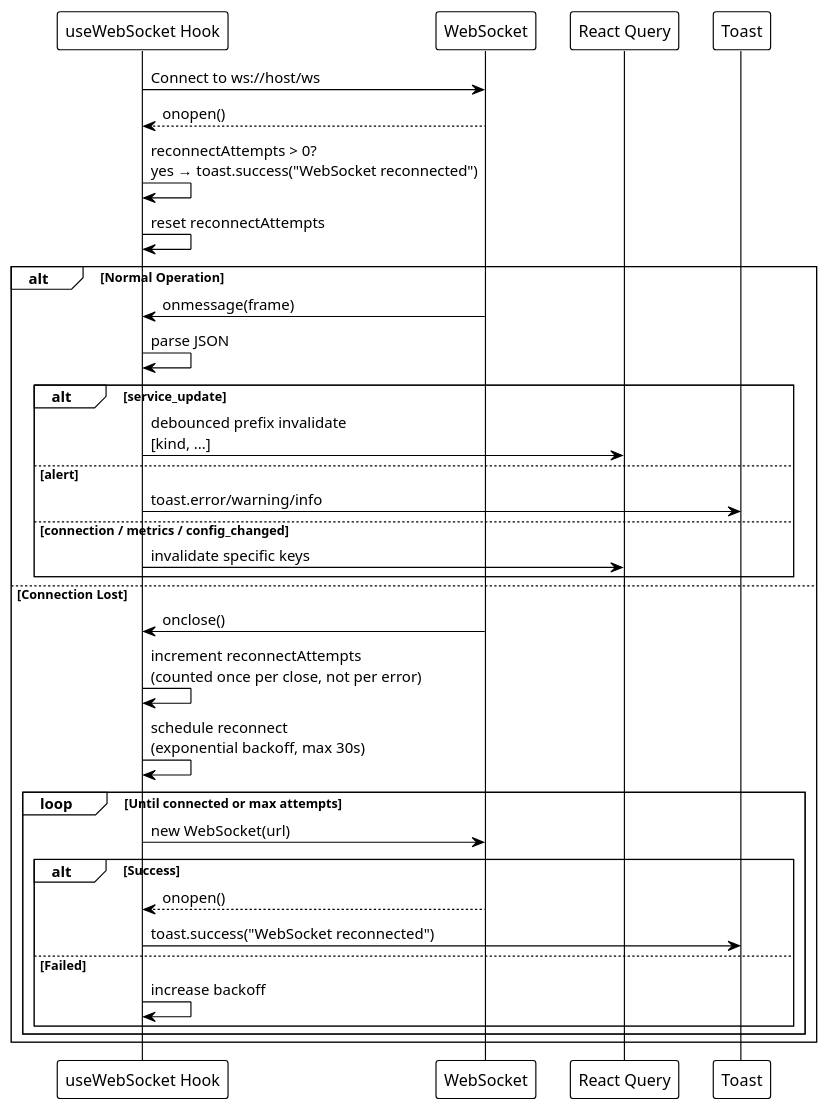
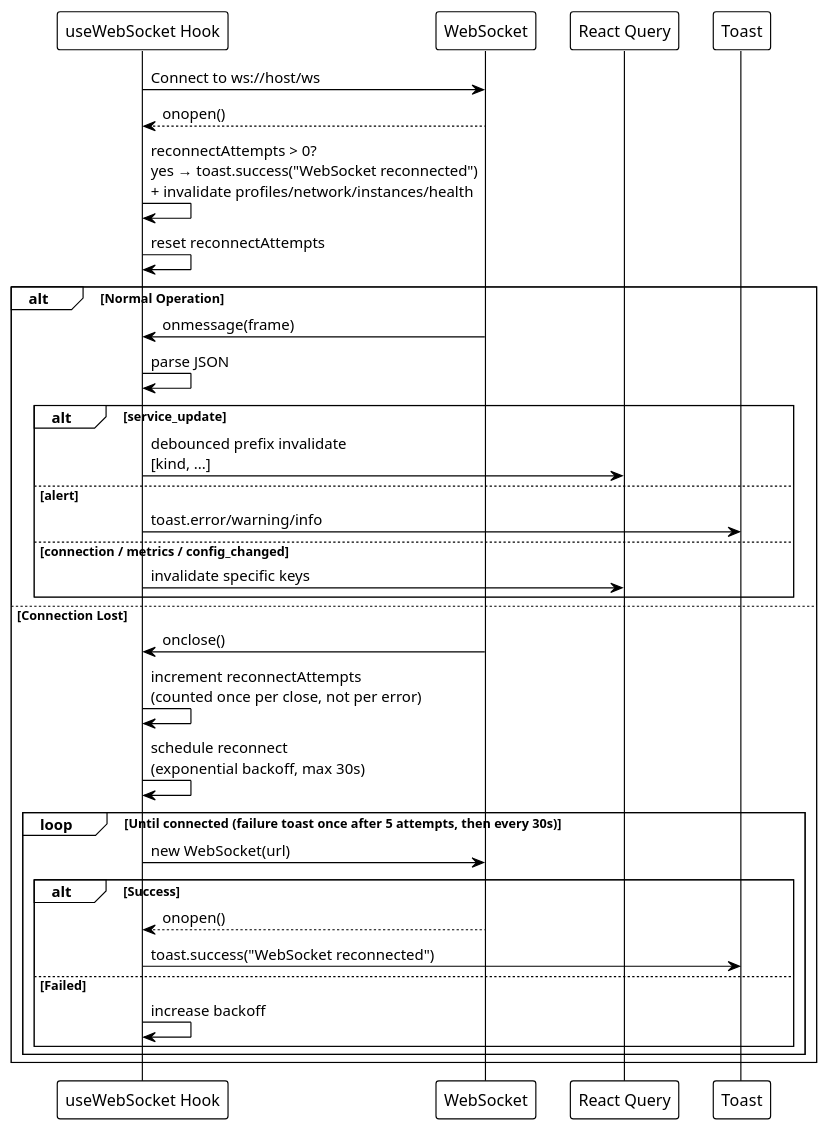
Before and after one commit to EraPartner/Watchman: the third of 3 diagrams in docs/features/real-time-updates.md, drawn with PlantUML. The commit also changed other lines of this file and 9 other files, not shown here.

````diff
--- a/docs/features/real-time-updates.md
+++ b/docs/features/real-time-updates.md
@@ -227,42 +228,42 @@
 ```plantuml
 @startuml
 !theme plain
 
 participant "useWebSocket Hook" as Hook
 participant "WebSocket" as WS
 participant "React Query" as Query
 participant "Toast" as Toast
 
 Hook -> WS : Connect to ws://host/ws
 WS --> Hook : onopen()
-Hook -> Hook : reconnectAttempts > 0?\nyes → toast.success("WebSocket reconnected")
+Hook -> Hook : reconnectAttempts > 0?\nyes → toast.success("WebSocket reconnected")\n+ invalidate profiles/network/instances/health
 Hook -> Hook : reset reconnectAttempts
 
 alt Normal Operation
     WS -> Hook : onmessage(frame)
     Hook -> Hook : parse JSON
 
     alt service_update
         Hook -> Query : debounced prefix invalidate\n[kind, ...]
     else alert
         Hook -> Toast : toast.error/warning/info
     else connection / metrics / config_changed
         Hook -> Query : invalidate specific keys
     end
 else Connection Lost
     WS -> Hook : onclose()
     Hook -> Hook : increment reconnectAttempts\n(counted once per close, not per error)
     Hook -> Hook : schedule reconnect\n(exponential backoff, max 30s)
 
-    loop Until connected or max attempts
+    loop Until connected (failure toast once after 5 attempts, then every 30s)
         Hook -> WS : new WebSocket(url)
         alt Success
             WS --> Hook : onopen()
             Hook -> Toast : toast.success("WebSocket reconnected")
         else Failed
             Hook -> Hook : increase backoff
         end
     end
 end
 @enduml
 ```
````
